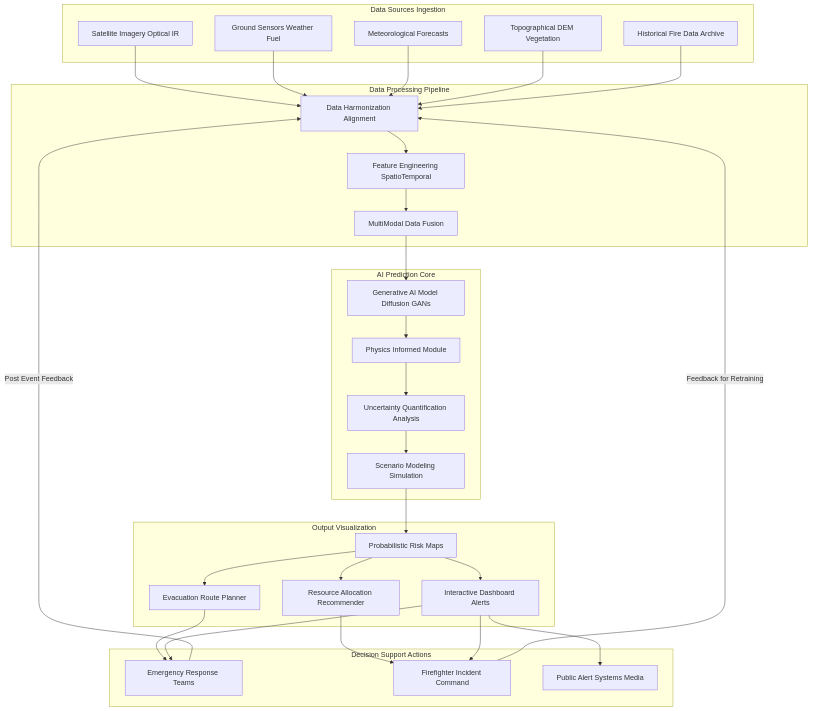
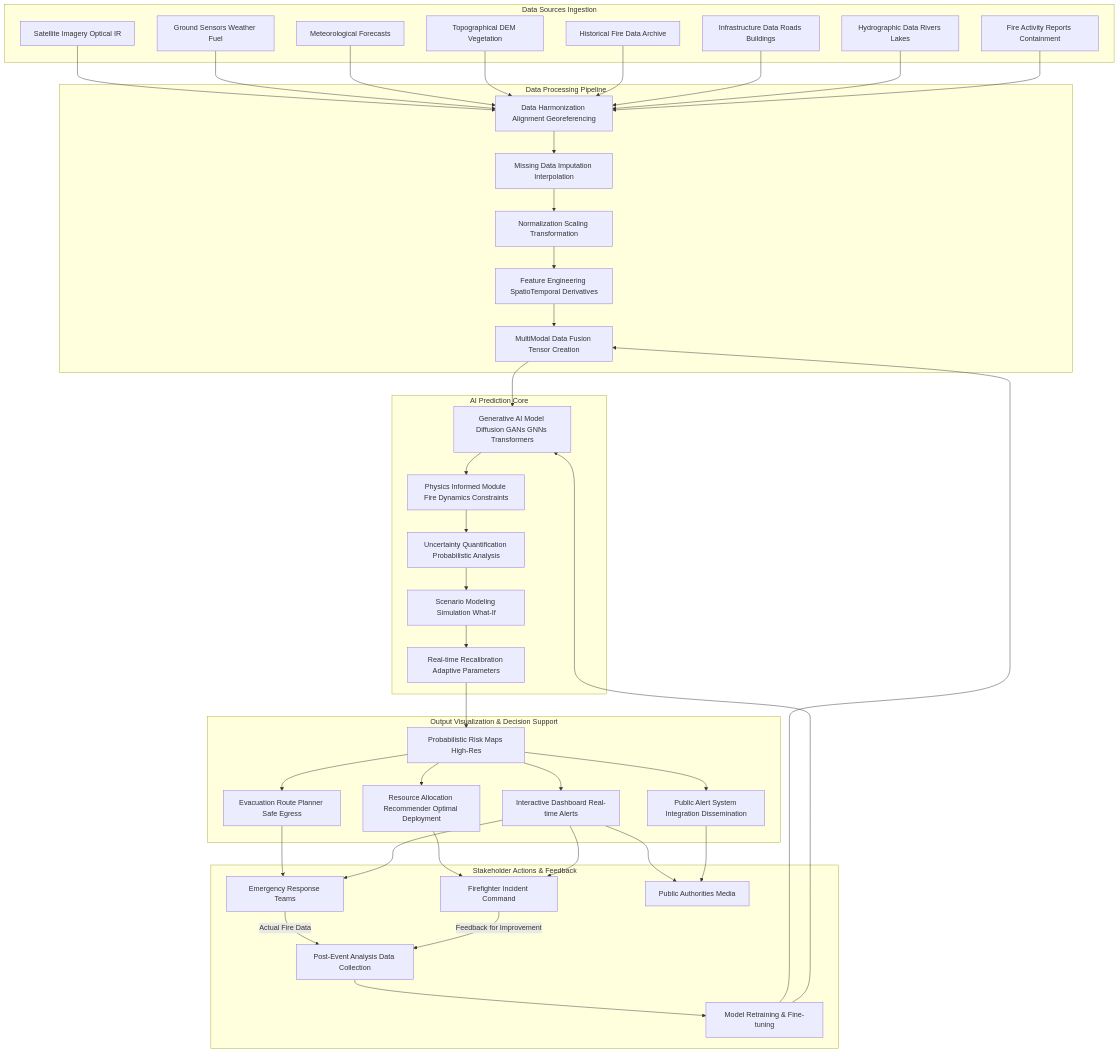
Before and after one commit to diplomat-bit/Citibank_Demo_Business_Inc_Demonstration-: the first of 10 diagrams in inventions/129_ai_wildfire_behavior_prediction.md, drawn with Mermaid. The commit also changed other lines of this file, not shown here.

````diff
--- a/inventions/129_ai_wildfire_behavior_prediction.md
+++ b/inventions/129_ai_wildfire_behavior_prediction.md
@@ -59,32 +320,41 @@
         DS3[Meteorological Forecasts]
         DS4[Topographical DEM Vegetation]
         DS5[Historical Fire Data Archive]
+        DS6[Infrastructure Data Roads Buildings]
+        DS7[Hydrographic Data Rivers Lakes]
+        DS8[Fire Activity Reports Containment]
     end
 
     subgraph Data Processing Pipeline
-        DP1[Data Harmonization Alignment]
-        DPDP2[Feature Engineering SpatioTemporal]
-        DP3[MultiModal Data Fusion]
+        DP1[Data Harmonization Alignment Georeferencing]
+        DP2[Missing Data Imputation Interpolation]
+        DP3[Normalization Scaling Transformation]
+        DP4[Feature Engineering SpatioTemporal Derivatives]
+        DP5[MultiModal Data Fusion Tensor Creation]
     end
 
     subgraph AI Prediction Core
-        AIC1[Generative AI Model Diffusion GANs]
-        AIC2[Physics Informed Module]
-        AIC3[Uncertainty Quantification Analysis]
-        AIC4[Scenario Modeling Simulation]
+        AIC1[Generative AI Model Diffusion GANs GNNs Transformers]
+        AIC2[Physics Informed Module Fire Dynamics Constraints]
+        AIC3[Uncertainty Quantification Probabilistic Analysis]
+        AIC4[Scenario Modeling Simulation What-If]
+        AIC5[Real-time Recalibration Adaptive Parameters]
     end
 
-    subgraph Output Visualization
-        OV1[Probabilistic Risk Maps]
-        OV2[Resource Allocation Recommender]
-        OV3[Evacuation Route Planner]
-        OV4[Interactive Dashboard Alerts]
+    subgraph Output Visualization & Decision Support
+        OV1[Probabilistic Risk Maps High-Res]
+        OV2[Resource Allocation Recommender Optimal Deployment]
+        OV3[Evacuation Route Planner Safe Egress]
+        OV4[Interactive Dashboard Real-time Alerts]
+        OV5[Public Alert System Integration Dissemination]
     end
 
-    subgraph Decision Support Actions
+    subgraph Stakeholder Actions & Feedback
         DSA1[Emergency Response Teams]
         DSA2[Firefighter Incident Command]
-        DSA3[Public Alert Systems Media]
+        DSA3[Public Authorities Media]
+        FB1[Post-Event Analysis Data Collection]
+        FB2[Model Retraining & Fine-tuning]
     end
 
     DS1 --> DP1
@@ -92,26 +362,37 @@
     DS3 --> DP1
     DS4 --> DP1
     DS5 --> DP1
+    DS6 --> DP1
+    DS7 --> DP1
+    DS8 --> DP1
 
-    DP1 --> DPDP2
-    DPDP2 --> DP3
-    DP3 --> AIC1
+    DP1 --> DP2
+    DP2 --> DP3
+    DP3 --> DP4
+    DP4 --> DP5
+    DP5 --> AIC1
 
     AIC1 --> AIC2
     AIC2 --> AIC3
     AIC3 --> AIC4
-    AIC4 --> OV1
+    AIC4 --> AIC5
+    AIC5 --> OV1
 
     OV1 --> OV2
     OV1 --> OV3
     OV1 --> OV4
+    OV1 --> OV5
 
     OV2 --> DSA2
     OV3 --> DSA1
     OV4 --> DSA1
     OV4 --> DSA2
     OV4 --> DSA3
+    OV5 --> DSA3
 
-    DSA1 -- Post Event Feedback --> DP1
-    DSA2 -- Feedback for Retraining --> DP1
+    DSA1 -- Actual Fire Data --> FB1
+    DSA2 -- Feedback for Improvement --> FB1
+    FB1 --> FB2
+    FB2 --> DP5
+    FB2 --> AIC1
 ```
````
